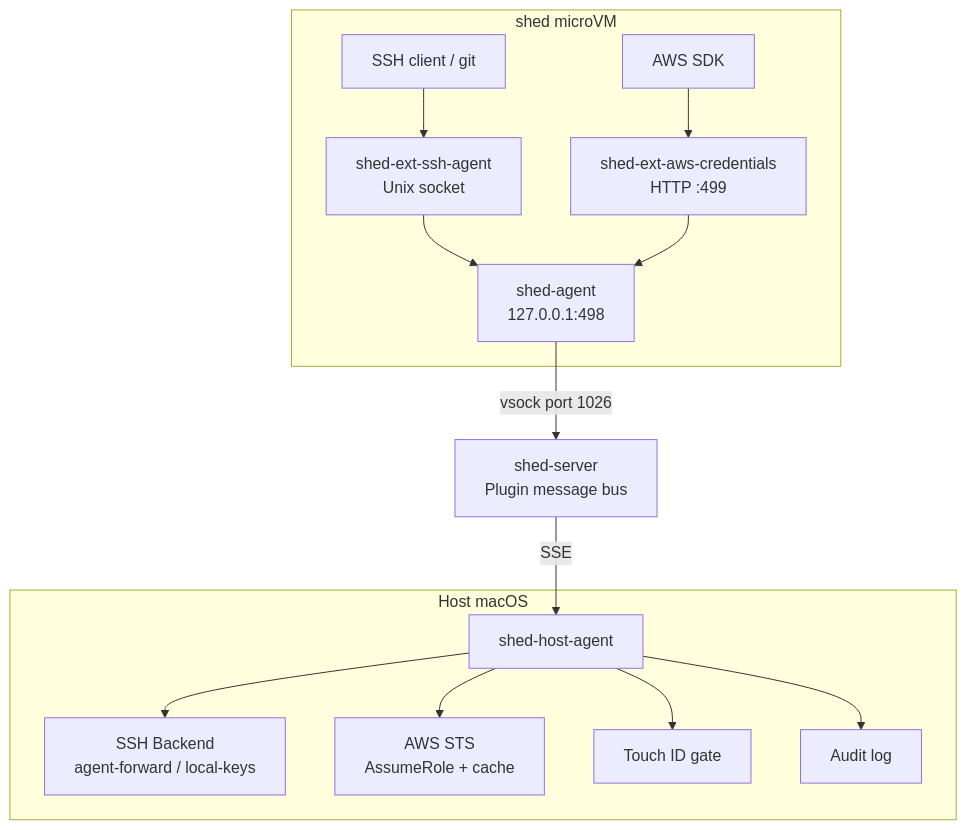
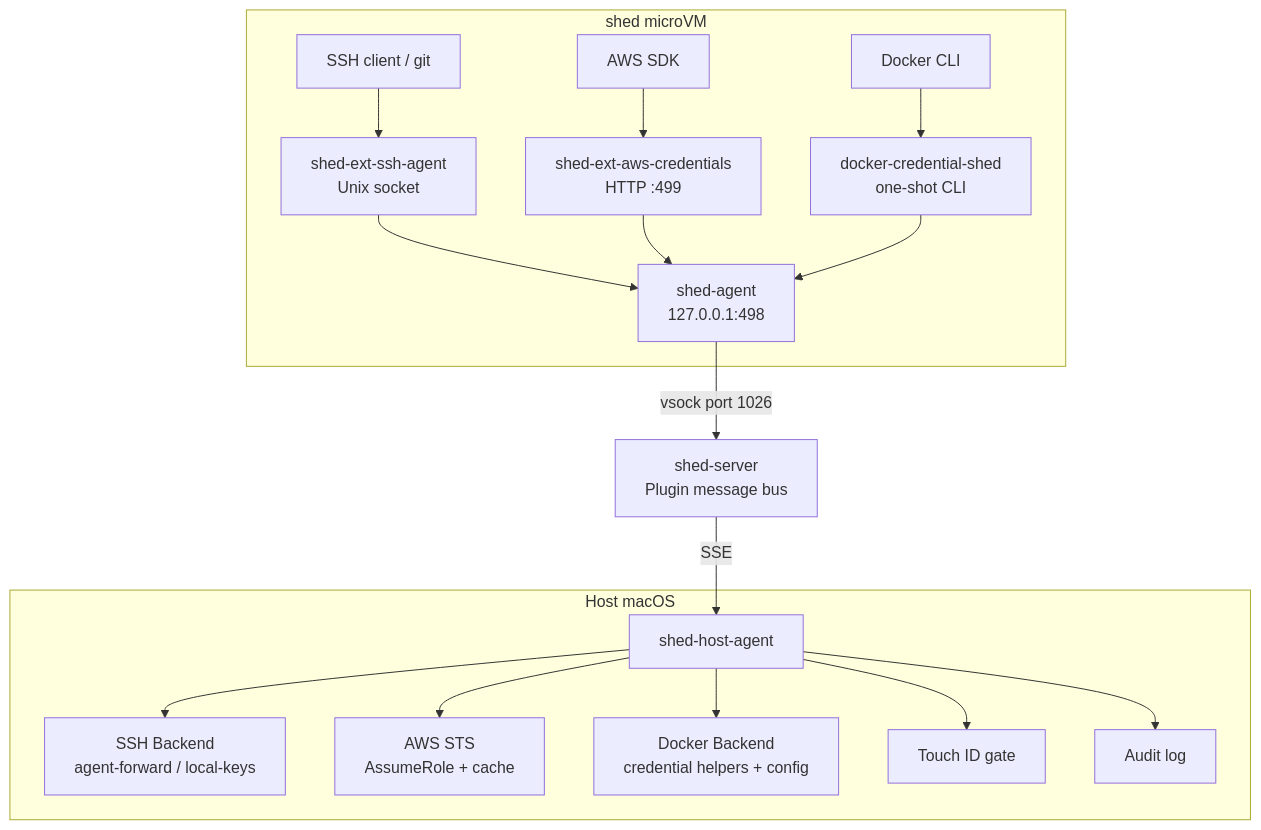
One commit to charliek/shed-extensions changed the first of 3 diagrams in docs/development/architecture.md. Above: the diagram before and after it, drawn with Mermaid. The commit also changed other lines of this file and 22 other files, not shown here.

First line of the commit message:
Add Docker registry credential helper extension (#7)

````diff
--- a/docs/development/architecture.md
+++ b/docs/development/architecture.md
@@ -5,17 +5,20 @@
 ```mermaid
 graph TB
     subgraph "shed microVM"
         SSH[SSH client / git] --> SSA[shed-ext-ssh-agent<br/>Unix socket]
         AWS[AWS SDK] --> AWP[shed-ext-aws-credentials<br/>HTTP :499]
+        DCK[Docker CLI] --> DCS[docker-credential-shed<br/>one-shot CLI]
         SSA --> BUS[shed-agent<br/>127.0.0.1:498]
         AWP --> BUS
+        DCS --> BUS
     end
     BUS -->|vsock port 1026| SRV[shed-server<br/>Plugin message bus]
     SRV -->|SSE| HA[shed-host-agent]
     subgraph "Host macOS"
         HA --> BE[SSH Backend<br/>agent-forward / local-keys]
         HA --> STS[AWS STS<br/>AssumeRole + cache]
+        HA --> DCB[Docker Backend<br/>credential helpers + config]
         HA --> TID[Touch ID gate]
         HA --> AL[Audit log]
     end
 ```
````
